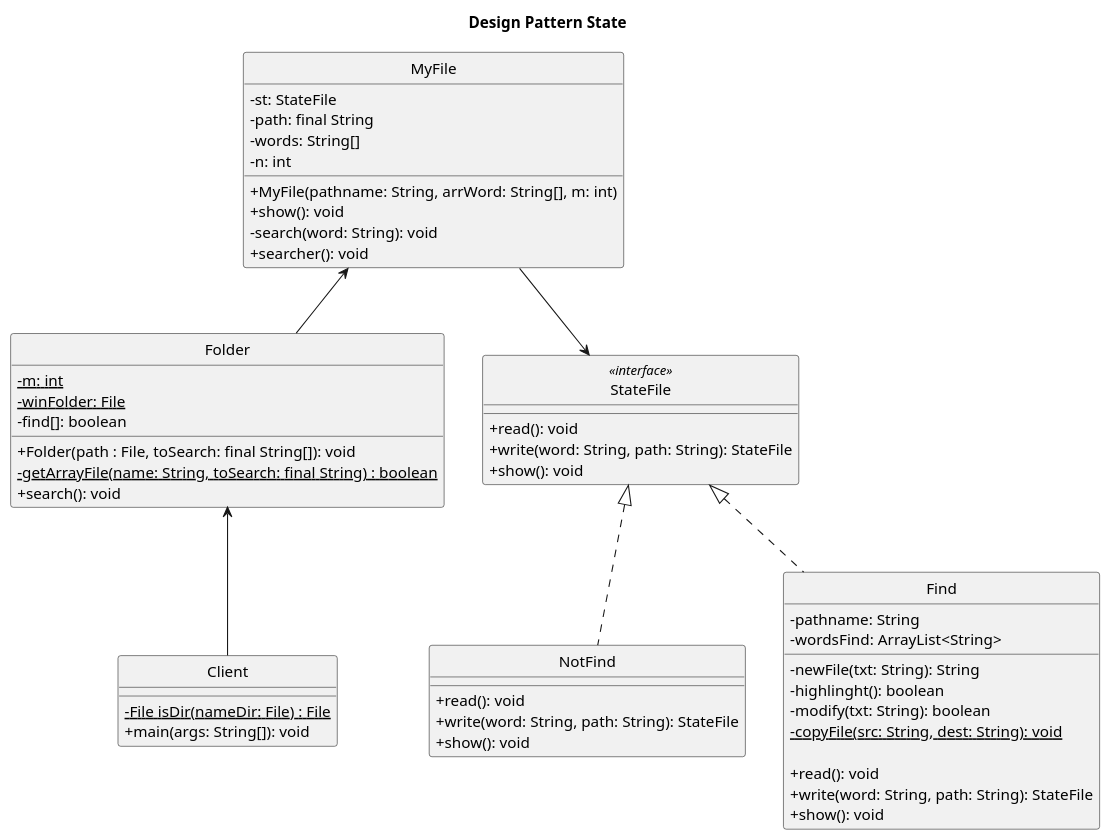
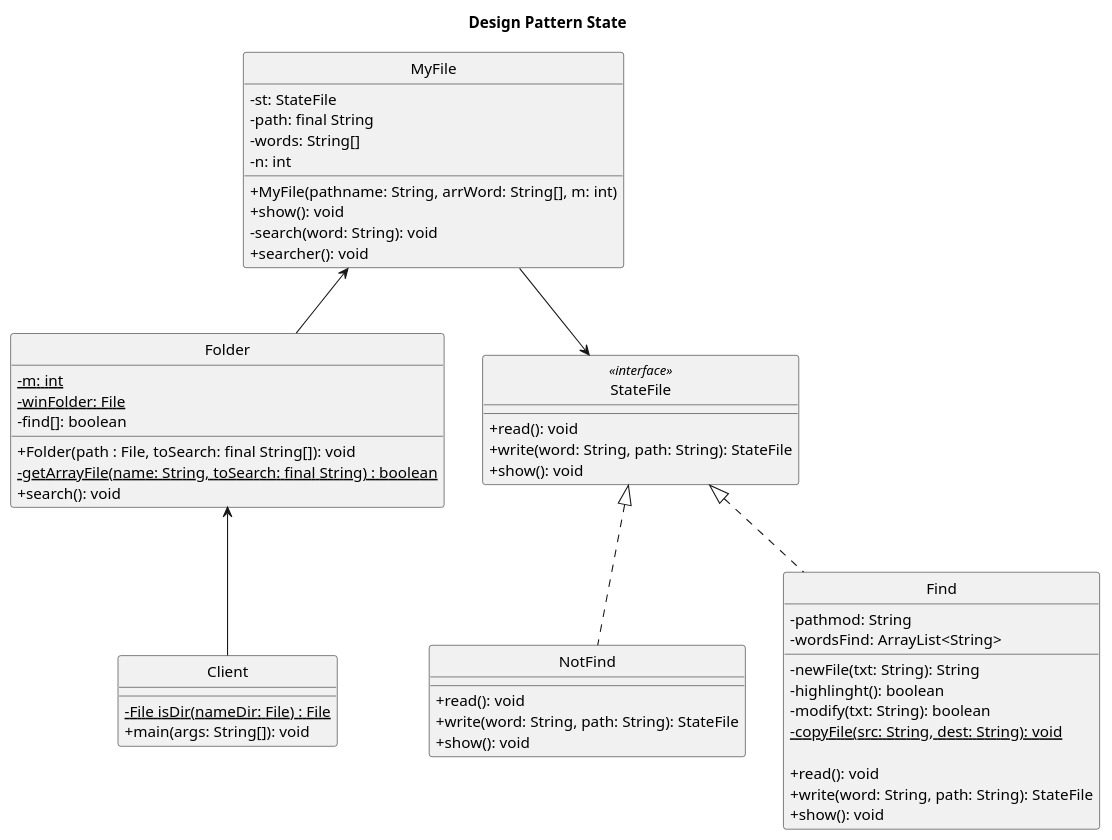
The diagram in docs/statediagrammauml.plantuml (MaccarroneAlessia/IngegneriaDelSoftware-Progetto), drawn with PlantUML before and after one commit.

```diff
--- a/docs/statediagrammauml.plantuml
+++ b/docs/statediagrammauml.plantuml
@@ -4,84 +4,84 @@
 @startuml State
 
 ' START STYLE
 skinparam {
 	'monochrome true
 	'shadowing false
 	'classBackgroundColor white
 	'noteBackgroundColor white
 	classAttributeIconSize 0
 	'linetype polyline
 	'linetype ortho
 }
 hide circle
 ' END STYLE
 
 title Design Pattern State
 
 class Client{
     - {static} File isDir(nameDir: File) : File
     + main(args: String[]): void
     
 }
 
 class Folder{   
     - {static} m: int
     - {static} winFolder: File
     - find[]: boolean
 
     + Folder(path : File, toSearch: final String[]): void
     - {static} getArrayFile(name: String, toSearch: final String) : boolean 
     + search(): void
 
 }
 
 class MyFile{
     - st: StateFile
     - path: final String
     - words: String[]
     - n: int
 
     + MyFile(pathname: String, arrWord: String[], m: int)
     + show(): void
     - search(word: String): void
     + searcher(): void
 
 }
 
 class StateFile <<interface>>{
    + read(): void
    + write(word: String, path: String): StateFile
    + show(): void
 }
 
 class NotFind{
     + read(): void
     + write(word: String, path: String): StateFile
     + show(): void
 
 }
 
 class Find{
-    - pathname: String
+    - pathmod: String
     - wordsFind: ArrayList<String>
 
     - newFile(txt: String): String
     - highlinght(): boolean
     - modify(txt: String): boolean
     - {static} copyFile(src: String, dest: String): void
 
     + read(): void
     + write(word: String, path: String): StateFile
     + show(): void
 
 }
 
 ' definisco le relazioni
 Client -up-> Folder
 Folder -up-> MyFile
 MyFile -down-> StateFile
 StateFile <|.down. NotFind
 StateFile <|.down. Find
 
 
 @enduml
```
